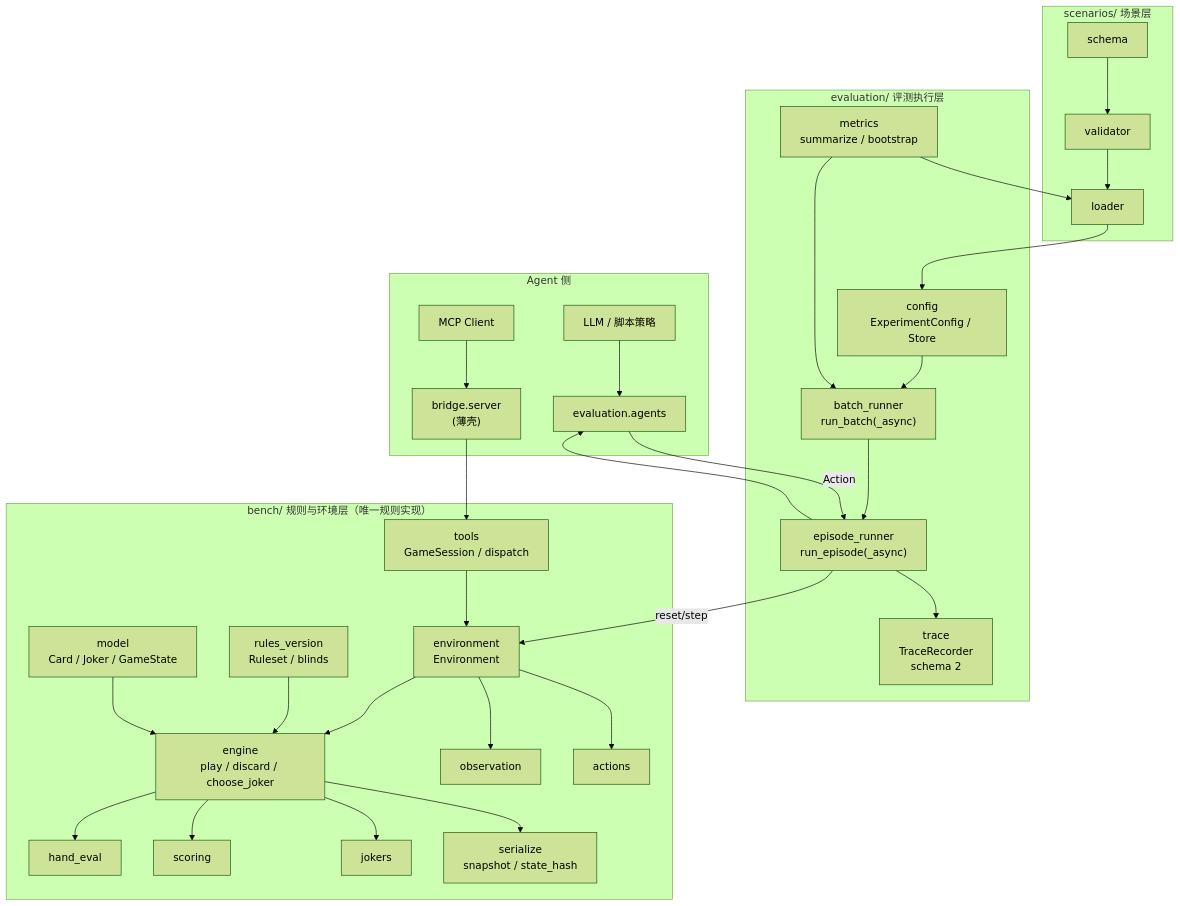
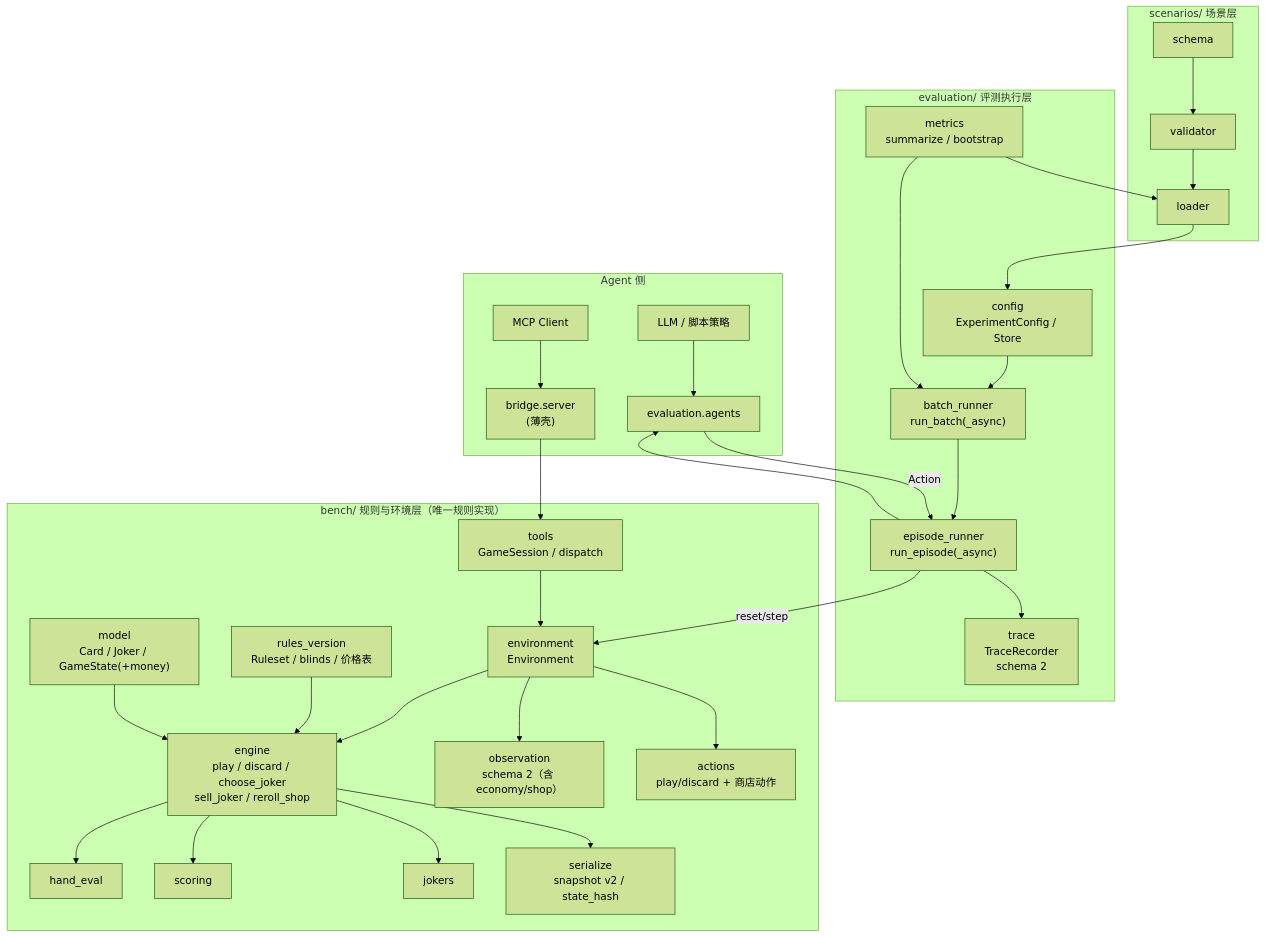
One commit to ChzhanYeb/BalatroEval changed the first of 2 diagrams in docs/implementation/architecture.md. Above: the diagram before and after it, drawn with Mermaid (forest theme). The commit also changed other lines of this file and 44 other files, not shown here.

````diff
--- a/docs/implementation/architecture.md
+++ b/docs/implementation/architecture.md
@@ -7,35 +7,35 @@
 ```mermaid
 flowchart TD
     subgraph AgentSide["Agent 侧"]
         LLM["LLM / 脚本策略"] --> AG["evaluation.agents"]
         MCP["MCP Client"] --> BR["bridge.server<br/>(薄壳)"]
     end
     subgraph Eval["evaluation/ 评测执行层"]
         RUN["episode_runner<br/>run_episode(_async)"] --> TR["trace<br/>TraceRecorder<br/>schema 2"]
         BATCH["batch_runner<br/>run_batch(_async)"] --> RUN
         CFG["config<br/>ExperimentConfig / Store"] --> BATCH
         MET["metrics<br/>summarize / bootstrap"] --> BATCH
     end
     subgraph Env["bench/ 规则与环境层（唯一规则实现）"]
         TOOLS["tools<br/>GameSession / dispatch"] --> ENV["environment<br/>Environment"]
-        ENV --> ENG["engine<br/>play / discard / choose_joker"]
+        ENV --> ENG["engine<br/>play / discard / choose_joker<br/>sell_joker / reroll_shop"]
         ENG --> EVAL["hand_eval"]
         ENG --> SCORE["scoring"]
         ENG --> JOK["jokers"]
-        ENG --> SER["serialize<br/>snapshot / state_hash"]
-        ENV --> OBS["observation"]
-        ENV --> ACT["actions"]
-        ENGINE_CONST["rules_version<br/>Ruleset / blinds"] --> ENG
-        MODEL["model<br/>Card / Joker / GameState"] --> ENG
+        ENG --> SER["serialize<br/>snapshot v2 / state_hash"]
+        ENV --> OBS["observation<br/>schema 2（含 economy/shop）"]
+        ENV --> ACT["actions<br/>play/discard + 商店动作"]
+        ENGINE_CONST["rules_version<br/>Ruleset / blinds / 价格表"] --> ENG
+        MODEL["model<br/>Card / Joker / GameState(+money)"] --> ENG
     end
     subgraph Scen["scenarios/ 场景层"]
         SCH["schema"] --> VAL["validator"]
         VAL --> LOAD["loader"]
         LOAD --> CFG
     end
     AG -->|Action| RUN
     BR --> TOOLS
     RUN -->|reset/step| ENV
     RUN --> AG
     MET --> LOAD
 ```
````
